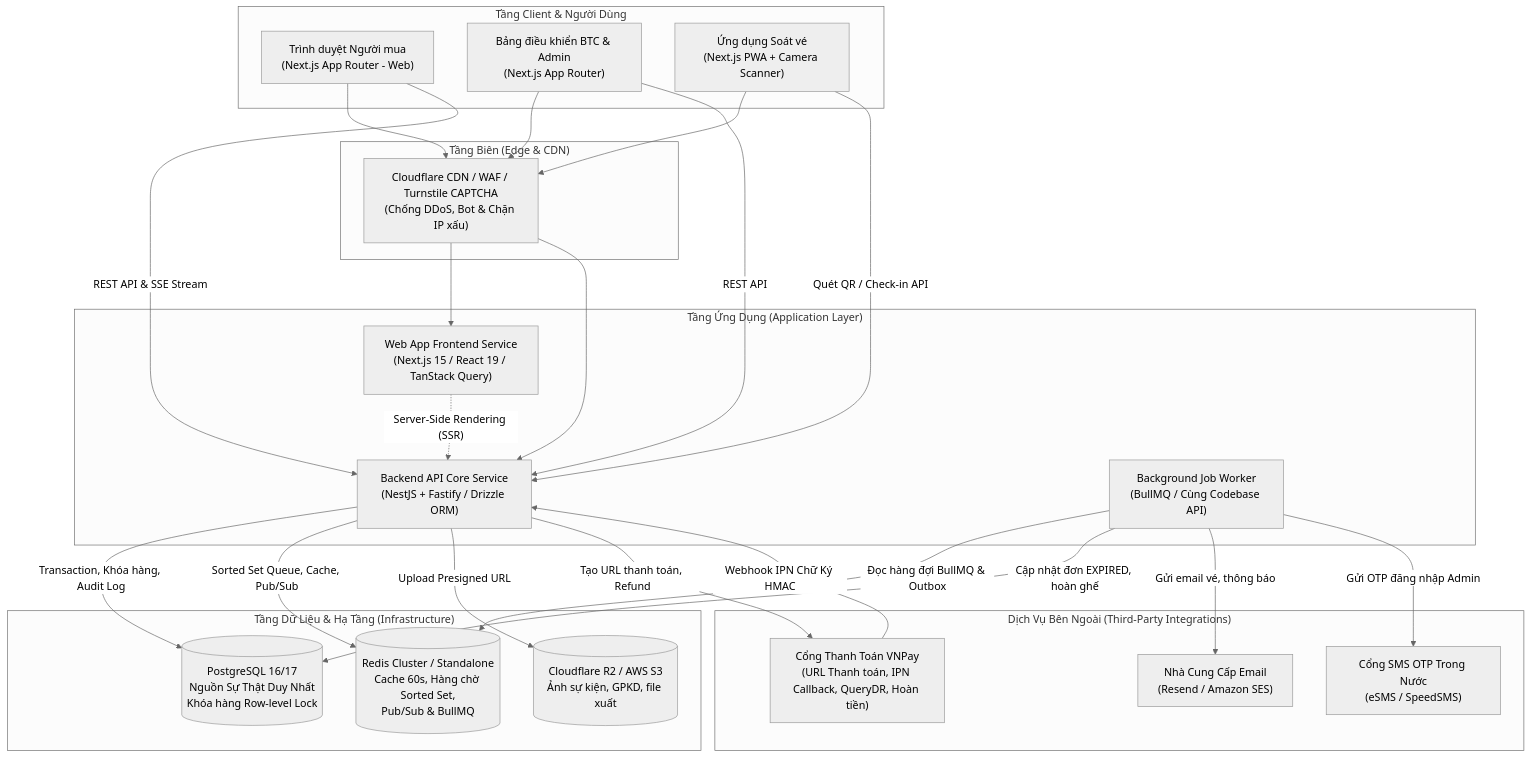
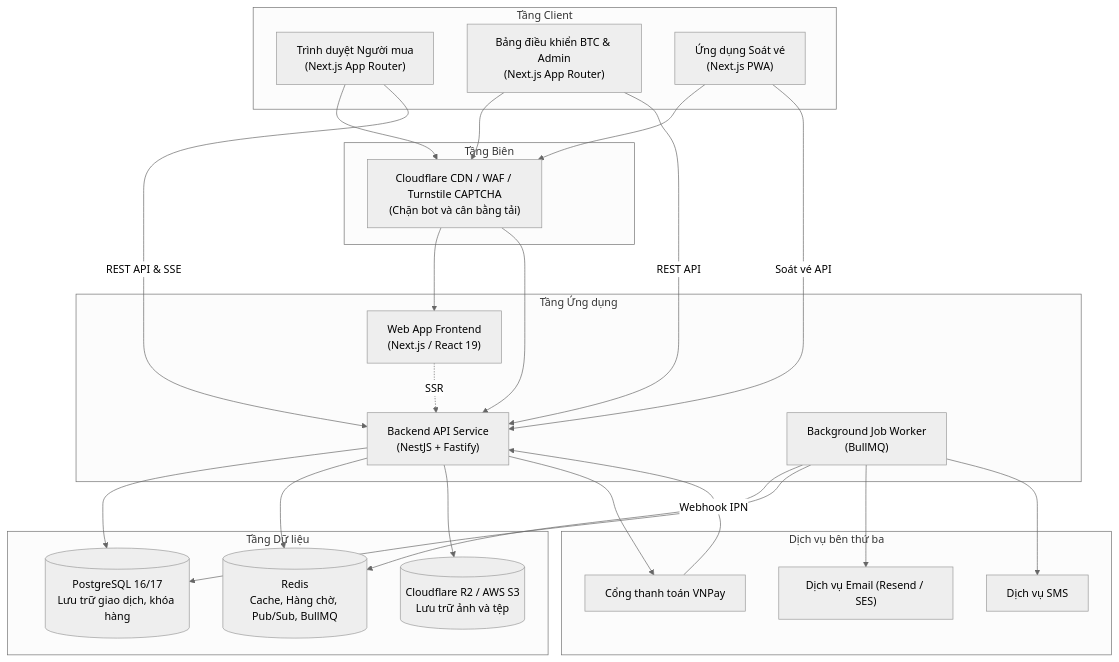
One commit to 52400067/cnpm changed the first of 4 diagrams in docs/ARCHITECTURE.md. Above: the diagram before and after it, drawn with Mermaid (neutral theme). The commit also changed other lines of this file and 4 other files, not shown here.

````diff
--- a/docs/ARCHITECTURE.md
+++ b/docs/ARCHITECTURE.md
@@ -11,54 +9,54 @@
 ```mermaid
 graph TD
-    subgraph Clients["Tầng Client & Người Dùng"]
-        BuyerBrowser["Trình duyệt Người mua\n(Next.js App Router - Web)"]
+    subgraph Clients["Tầng Client"]
+        BuyerBrowser["Trình duyệt Người mua\n(Next.js App Router)"]
         OrganizerDashboard["Bảng điều khiển BTC & Admin\n(Next.js App Router)"]
-        GateStaffPWA["Ứng dụng Soát vé\n(Next.js PWA + Camera Scanner)"]
+        GateStaffPWA["Ứng dụng Soát vé\n(Next.js PWA)"]
     end
 
-    subgraph EdgeLayer["Tầng Biên (Edge & CDN)"]
-        Cloudflare["Cloudflare CDN / WAF / Turnstile CAPTCHA\n(Chống DDoS, Bot & Chặn IP xấu)"]
+    subgraph EdgeLayer["Tầng Biên"]
+        Cloudflare["Cloudflare CDN / WAF / Turnstile CAPTCHA\n(Chặn bot và cân bằng tải)"]
     end
 
-    subgraph AppLayer["Tầng Ứng Dụng (Application Layer)"]
-        WebApp["Web App Frontend Service\n(Next.js 15 / React 19 / TanStack Query)"]
-        API["Backend API Core Service\n(NestJS + Fastify / Drizzle ORM)"]
-        Worker["Background Job Worker\n(BullMQ / Cùng Codebase API)"]
+    subgraph AppLayer["Tầng Ứng dụng"]
+        WebApp["Web App Frontend\n(Next.js / React 19)"]
+        API["Backend API Service\n(NestJS + Fastify)"]
+        Worker["Background Job Worker\n(BullMQ)"]
     end
 
-    subgraph DataLayer["Tầng Dữ Liệu & Hạ Tầng (Infrastructure)"]
-        Postgres[(PostgreSQL 16/17\nNguồn Sự Thật Duy Nhất\nKhóa hàng Row-level Lock)]
-        Redis[(Redis Cluster / Standalone\nCache 60s, Hàng chờ Sorted Set,\nPub/Sub & BullMQ)]
-        Storage[(Cloudflare R2 / AWS S3\nẢnh sự kiện, GPKD, file xuất)]
+    subgraph DataLayer["Tầng Dữ liệu"]
+        Postgres[(PostgreSQL 16/17\nLưu trữ giao dịch, khóa hàng)]
+        Redis[(Redis\nCache, Hàng chờ, Pub/Sub, BullMQ)]
+        Storage[(Cloudflare R2 / AWS S3\nLưu trữ ảnh và tệp)]
     end
 
-    subgraph ExternalServices["Dịch Vụ Bên Ngoài (Third-Party Integrations)"]
-        VNPay["Cổng Thanh Toán VNPay\n(URL Thanh toán, IPN Callback, QueryDR, Hoàn tiền)"]
-        EmailService["Nhà Cung Cấp Email\n(Resend / Amazon SES)"]
-        SMSService["Cổng SMS OTP Trong Nước\n(eSMS / SpeedSMS)"]
+    subgraph ExternalServices["Dịch vụ bên thứ ba"]
+        VNPay["Cổng thanh toán VNPay"]
+        EmailService["Dịch vụ Email (Resend / SES)"]
+        SMSService["Dịch vụ SMS"]
     end
 
     BuyerBrowser --> Cloudflare
     OrganizerDashboard --> Cloudflare
     GateStaffPWA --> Cloudflare
 
     Cloudflare --> WebApp
     Cloudflare --> API
 
-    WebApp -.->|"Server-Side Rendering (SSR)"| API
-    BuyerBrowser -->|"REST API & SSE Stream"| API
+    WebApp -.->|"SSR"| API
+    BuyerBrowser -->|"REST API & SSE"| API
     OrganizerDashboard -->|"REST API"| API
-    GateStaffPWA -->|"Quét QR / Check-in API"| API
+    GateStaffPWA -->|"Soát vé API"| API
 
-    API -->|"Transaction, Khóa hàng, Audit Log"| Postgres
-    API -->|"Sorted Set Queue, Cache, Pub/Sub"| Redis
-    API -->|"Upload Presigned URL"| Storage
-    API -->|"Tạo URL thanh toán, Refund"| VNPay
+    API --> Postgres
+    API --> Redis
+    API --> Storage
+    API --> VNPay
 
-    Worker -->|"Đọc hàng đợi BullMQ & Outbox"| Redis
-    Worker -->|"Cập nhật đơn EXPIRED, hoàn ghế"| Postgres
-    Worker -->|"Gửi email vé, thông báo"| EmailService
-    Worker -->|"Gửi OTP đăng nhập Admin"| SMSService
+    Worker --> Redis
+    Worker --> Postgres
+    Worker --> EmailService
+    Worker --> SMSService
 
-    VNPay -->|"Webhook IPN Chữ Ký HMAC"| API
+    VNPay -->|"Webhook IPN"| API
 ```
````
